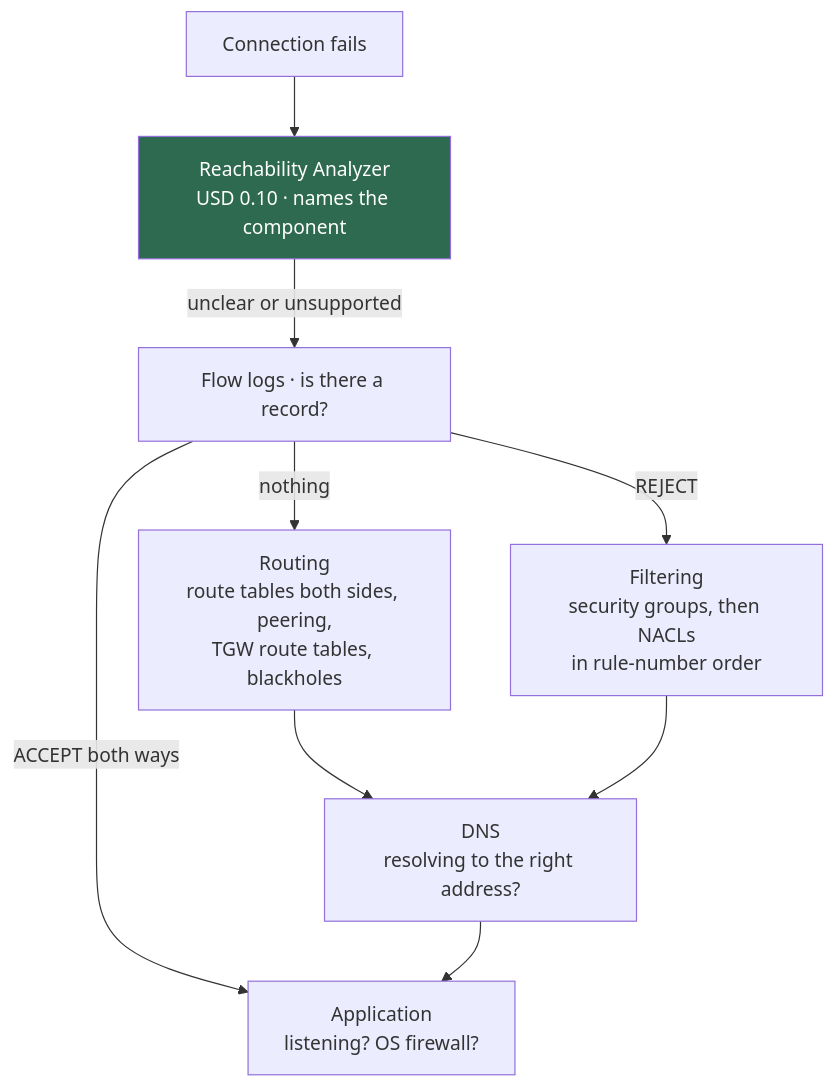
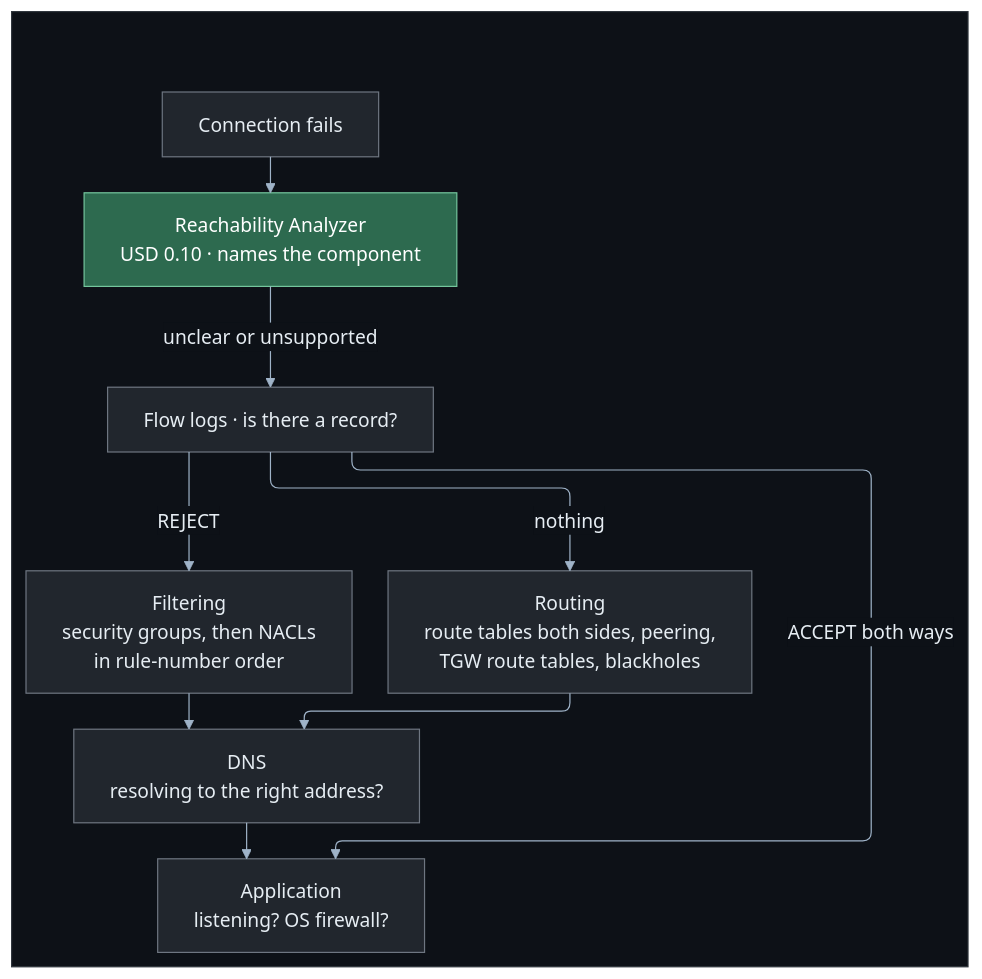
The diagram in docs/troubleshooting.md (HuyNguyen260398/aws-network-architecture), drawn with Mermaid before and after one commit. The commit also changed 13 other files, not shown here.

First line of the commit message:
docs(diagrams): restyle all Mermaid diagrams for dark mode and orthogonal lines

````diff
--- a/docs/troubleshooting.md
+++ b/docs/troubleshooting.md
@@ -26,21 +26,45 @@
 ```mermaid
-graph TD
-    S["Connection fails"]
-    RA["Reachability Analyzer<br/>USD 0.10 · names the component"]
-    FL["Flow logs · is there a record?"]
-    R["Routing<br/>route tables both sides, peering,<br/>TGW route tables, blackholes"]
-    F["Filtering<br/>security groups, then NACLs<br/>in rule-number order"]
-    D["DNS<br/>resolving to the right address?"]
-    A["Application<br/>listening? OS firewall?"]
+---
+config:
+  layout: elk
+  theme: base
+  themeVariables:
+    lineColor: "#9fb3c8"
+    textColor: "#e6edf3"
+    primaryColor: "#21262d"
+    primaryTextColor: "#e6edf3"
+    primaryBorderColor: "#6e7681"
+    edgeLabelBackground: "#0d1117"
+    clusterBkg: "#161b22"
+    clusterBorder: "#6e7681"
+    titleColor: "#e6edf3"
+  flowchart:
+    curve: rounded
+    wrappingWidth: 420
+---
+flowchart TD
+    subgraph CANVAS[" "]
+        S["Connection fails"]
+        RA["Reachability Analyzer<br/>USD 0.10 · names the component"]
+        FL["Flow logs · is there a record?"]
+        R["Routing<br/>route tables both sides, peering,<br/>TGW route tables, blackholes"]
+        F["Filtering<br/>security groups, then NACLs<br/>in rule-number order"]
+        D["DNS<br/>resolving to the right address?"]
+        A["Application<br/>listening? OS firewall?"]
+    end
 
     S --> RA
     RA -->|"unclear or unsupported"| FL
     FL -->|"nothing"| R
     FL -->|"REJECT"| F
     FL -->|"ACCEPT both ways"| A
     R --> D
     F --> D
     D --> A
 
-    style RA fill:#2d6a4f,color:#fff
+    classDef canvas fill:#0d1117,stroke:#30363d,color:#e6edf3
+    classDef free fill:#2d6a4f,stroke:#74c69d,color:#fff
+
+    class CANVAS canvas
+    class RA free
 ```
````
